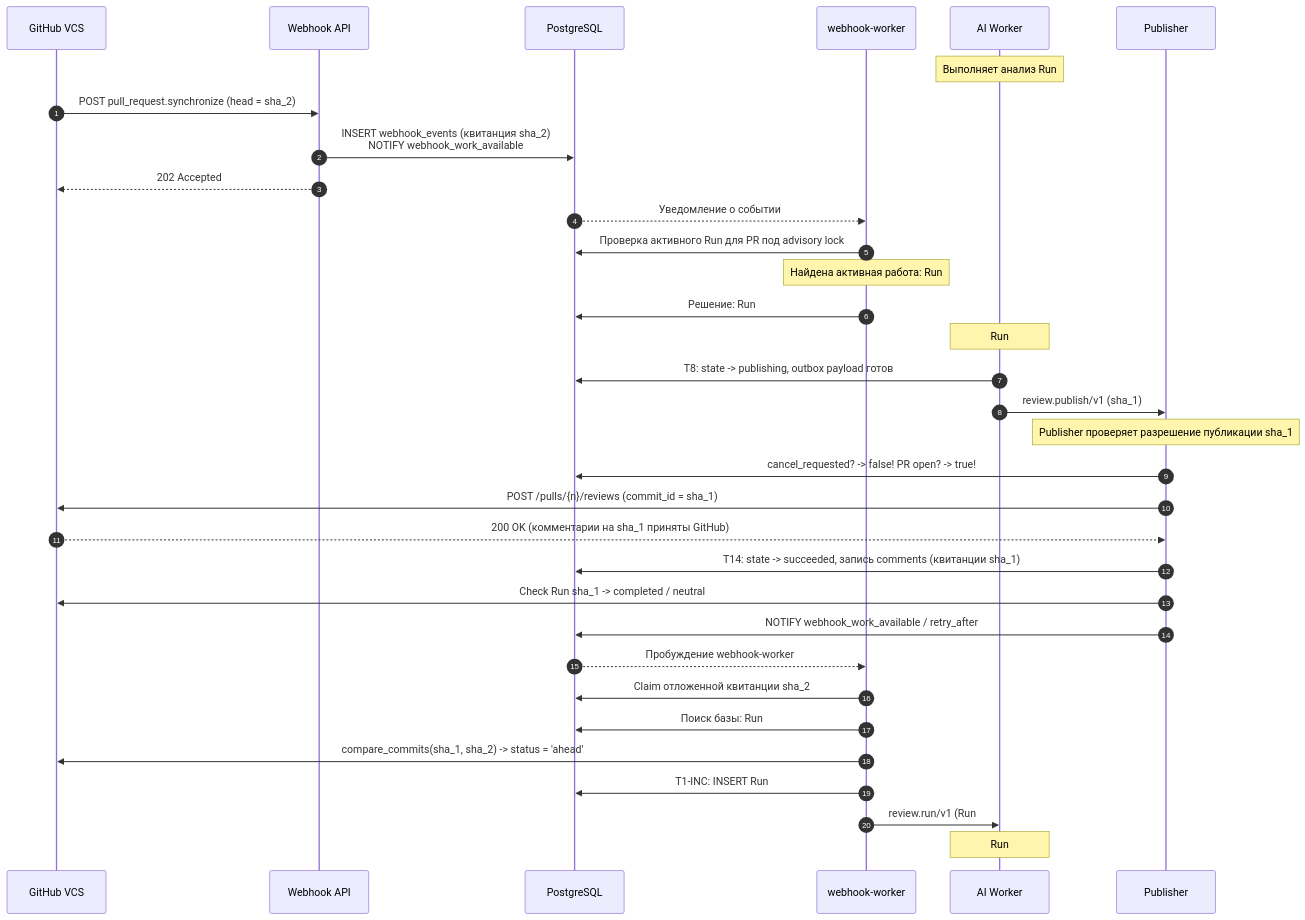
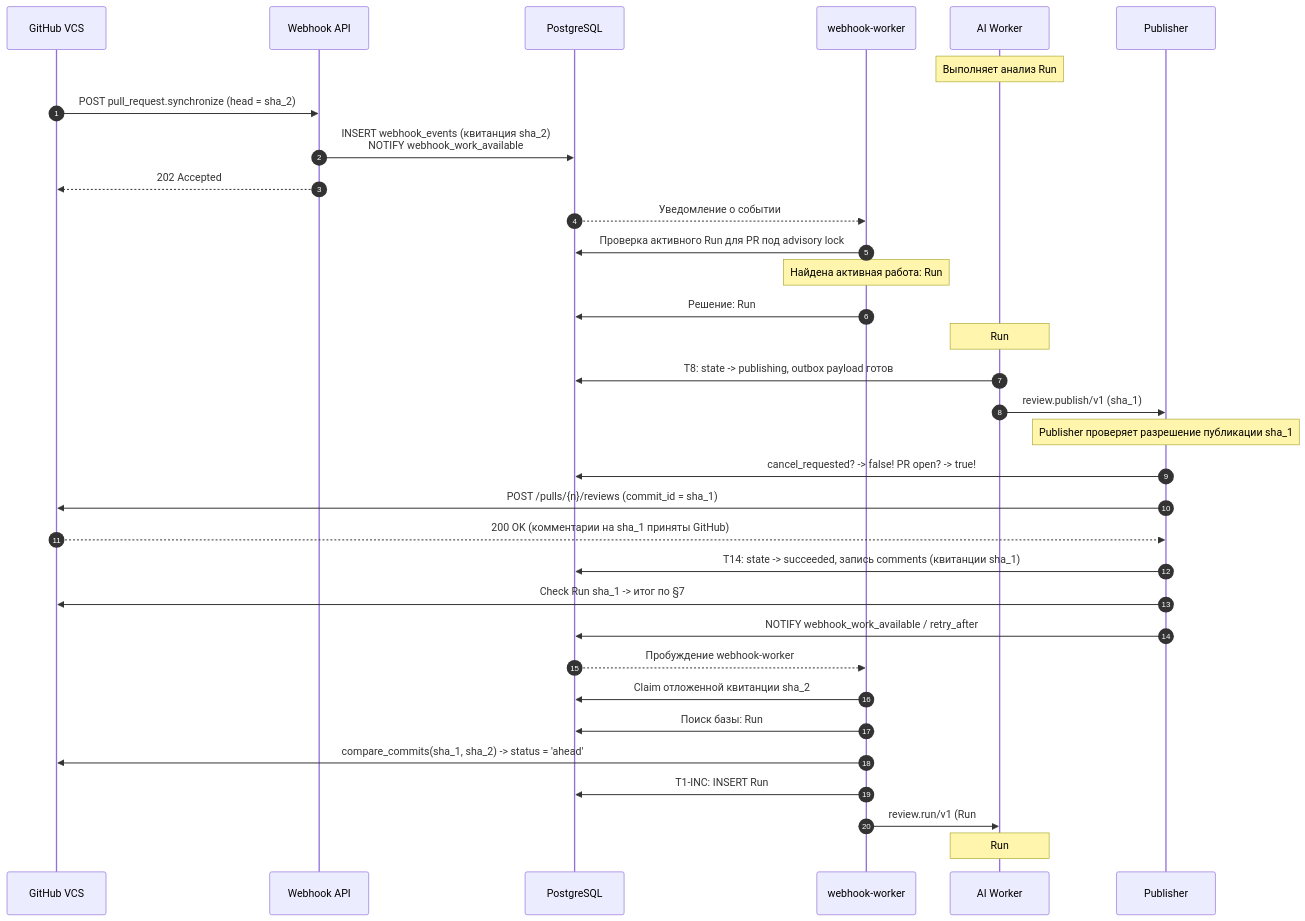
The third of 3 diagrams in docs/INCREMENTAL_REVIEW_AND_LIMITS_SPEC.md (larchanka-training/dmc-268-api-t6), drawn with Mermaid before and after one commit. The commit also changed other lines of this file and 1 other file, not shown here.

First line of the commit message:
docs(reviews): align incremental check-run conclusions with PS §7

````diff
--- a/docs/INCREMENTAL_REVIEW_AND_LIMITS_SPEC.md
+++ b/docs/INCREMENTAL_REVIEW_AND_LIMITS_SPEC.md
@@ -864,39 +864,39 @@
 ```mermaid
 sequenceDiagram
   autonumber
   participant GH as GitHub VCS
   participant WH as Webhook API
   participant PG as PostgreSQL
   participant WW as webhook-worker
   participant W as AI Worker
   participant P as Publisher
 
   Note over W: Выполняет анализ Run#1 (sha_1) в состоянии running
   GH->>WH: POST pull_request.synchronize (head = sha_2)
   WH->>PG: INSERT webhook_events (квитанция sha_2)<br/>NOTIFY webhook_work_available
   WH-->>GH: 202 Accepted
   PG-->>WW: Уведомление о событии
   WW->>PG: Проверка активного Run для PR под advisory lock
   Note over WW: Найдена активная работа: Run#1 в состоянии running
   WW->>PG: Решение: Run#1 НЕ отменяем (cancel_requested=false)!<br/>Квитанция sha_2 отложена: retry_after = now() + 30s (deferred_run_trigger active_run)
 
   Note over W: Run#1 завершает фазы анализа и Pass 6b
   W->>PG: T8: state -> publishing, outbox payload готов
   W->>P: review.publish/v1 (sha_1)
 
   Note over P: Publisher проверяет разрешение публикации sha_1
   P->>PG: cancel_requested? -> false! PR open? -> true!
   P->>GH: POST /pulls/{n}/reviews (commit_id = sha_1)
   GH-->>P: 200 OK (комментарии на sha_1 приняты GitHub)
   P->>PG: T14: state -> succeeded, запись comments (квитанции sha_1)
-  P->>GH: Check Run sha_1 -> completed / neutral
+  P->>GH: Check Run sha_1 -> итог по §7
   P->>PG: NOTIFY webhook_work_available / retry_after
 
   PG-->>WW: Пробуждение webhook-worker
   WW->>PG: Claim отложенной квитанции sha_2
   WW->>PG: Поиск базы: Run#1 на sha_1 имеет квитанции в comments!
   WW->>GH: compare_commits(sha_1, sha_2) -> status = 'ahead'
   WW->>PG: T1-INC: INSERT Run#2 (head=sha_2, is_incremental=true, diff_base_commit=sha_1)
   WW->>W: review.run/v1 (Run#2, дельта sha_1...sha_2)
   Note over W: Run#2 анализирует ТОЛЬКО дельту sha_1...sha_2
 ```
````
